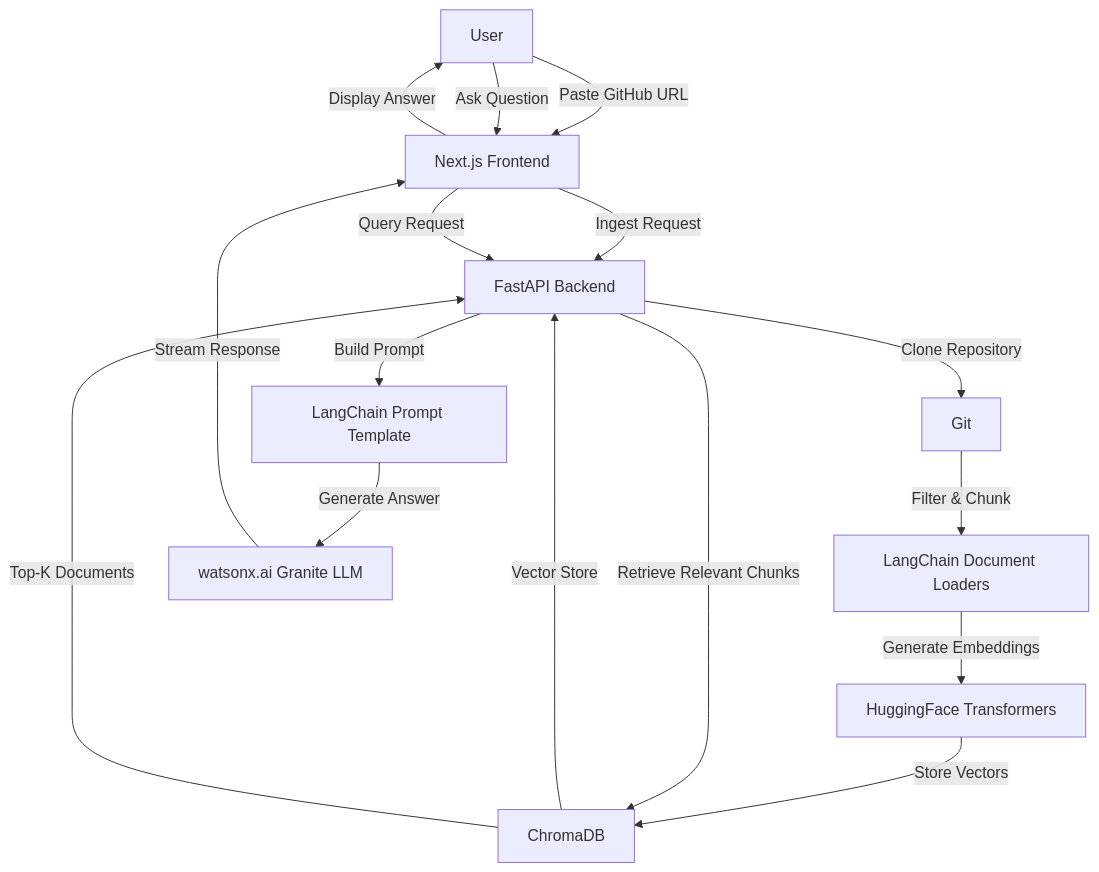
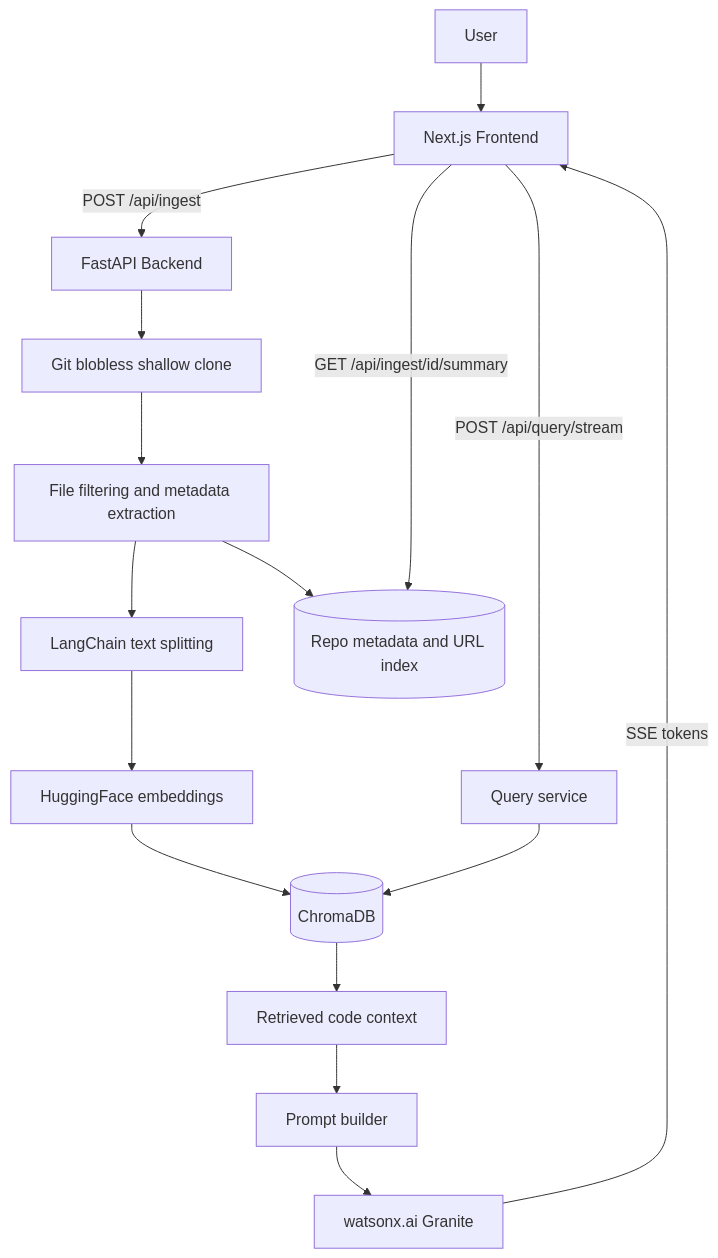
Before and after one commit to Divyanshu-kumar14/RepoLens: the diagram in README.md, drawn with Mermaid. The commit also changed other lines of this file and 30 other files, not shown here.

Commit message:
optimize frontend rendering and backend architecture.

````diff
--- a/README.md
+++ b/README.md
@@ -58,19 +53,20 @@
 ```mermaid
 flowchart TD
-    A[User] -->|Paste GitHub URL| B[Next.js Frontend]
-    B -->|Ingest Request| C[FastAPI Backend]
-    C -->|Clone Repository| D[Git]
-    D -->|Filter & Chunk| E[LangChain Document Loaders]
-    E -->|Generate Embeddings| F[HuggingFace Transformers]
-    F -->|Store Vectors| G[ChromaDB]
-    G -->|Vector Store| C
+    User[User] --> Frontend[Next.js Frontend]
+    Frontend -->|POST /api/ingest| API[FastAPI Backend]
+    API --> Git[Git blobless shallow clone]
+    Git --> Filter[File filtering and metadata extraction]
+    Filter --> Split[LangChain text splitting]
+    Split --> Embed[HuggingFace embeddings]
+    Embed --> Chroma[(ChromaDB)]
+    Filter --> Metadata[(Repo metadata and URL index)]
 
-    A -->|Ask Question| B
-    B -->|Query Request| C
-    C -->|Retrieve Relevant Chunks| G
-    G -->|Top-K Documents| C
-    C -->|Build Prompt| H[LangChain Prompt Template]
-    H -->|Generate Answer| I[watsonx.ai Granite LLM]
-    I -->|Stream Response| B
-    B -->|Display Answer| A
+    Frontend -->|POST /api/query/stream| Query[Query service]
+    Query --> Chroma
+    Chroma --> Context[Retrieved code context]
+    Context --> Prompt[Prompt builder]
+    Prompt --> Granite[watsonx.ai Granite]
+    Granite -->|SSE tokens| Frontend
+
+    Frontend -->|GET /api/ingest/id/summary| Metadata
 ```
````
